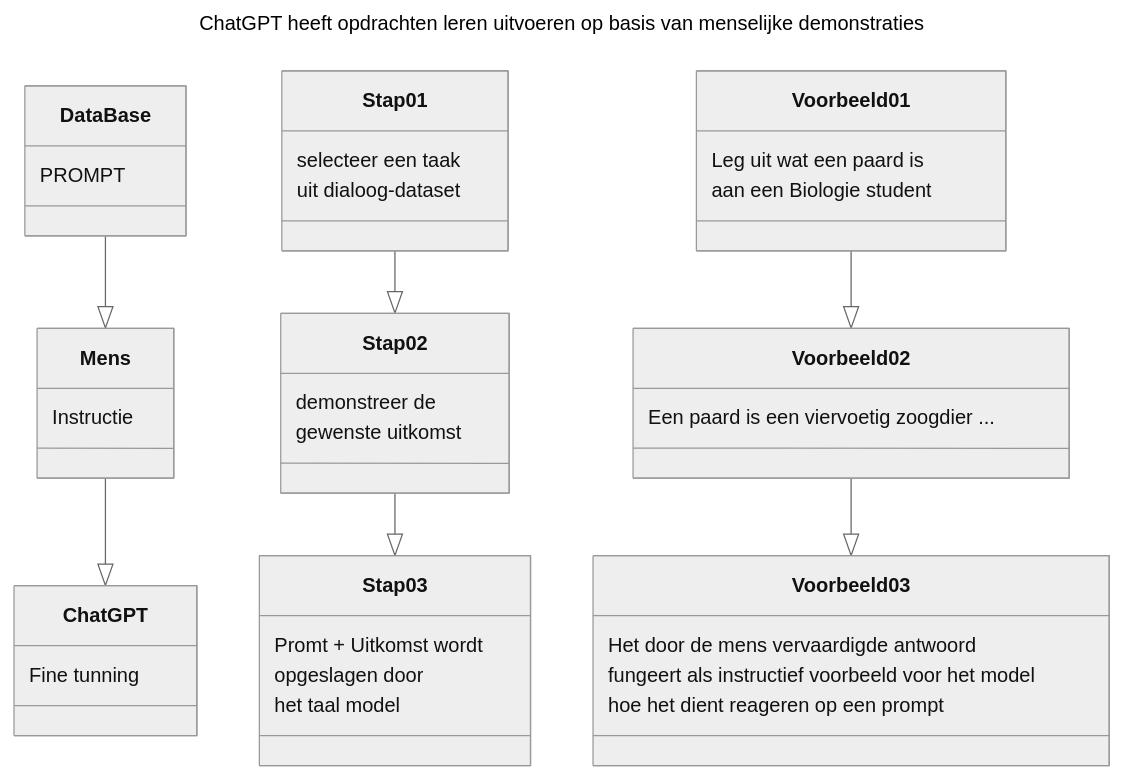
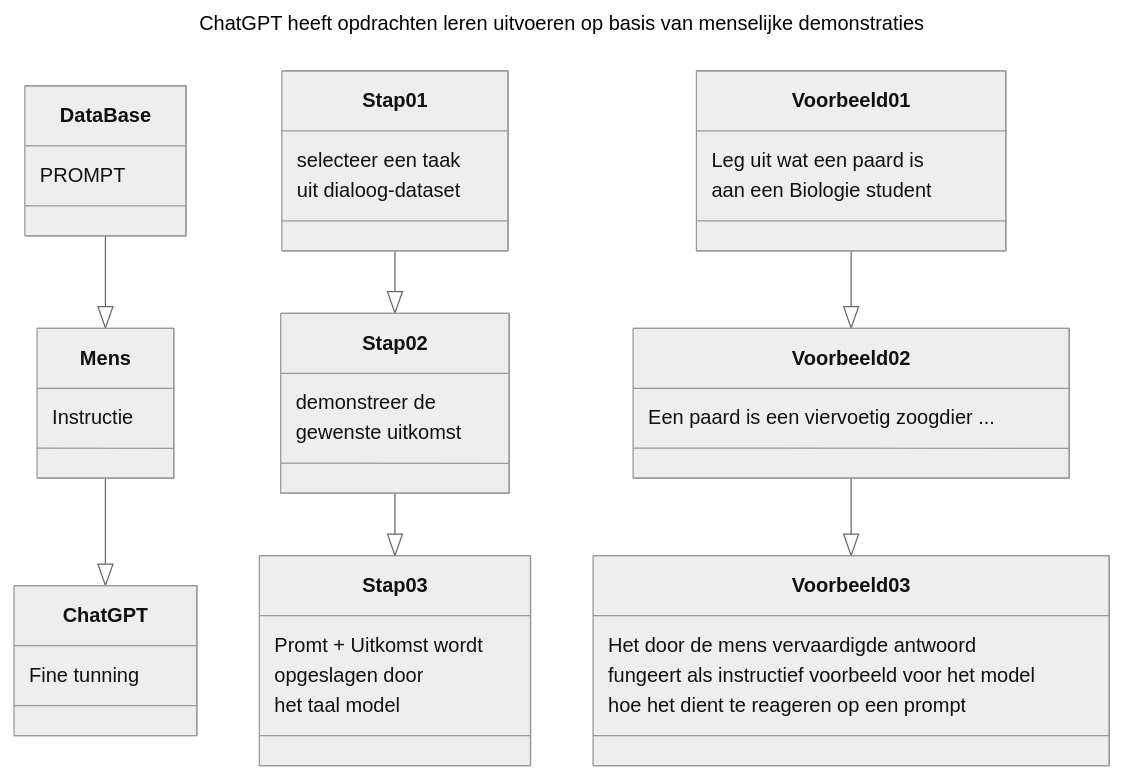
The diagram in README.md (HR-ChatGPT/ChatGPT-UITGELEGD), drawn with Mermaid (neutral theme) before and after one commit.

````diff
--- a/README.md
+++ b/README.md
@@ -737,29 +737,29 @@
 ```mermaid
 ---
 title: [ChatGPT heeft opdrachten leren uitvoeren op basis van menselijke demonstraties]
 ---
 classDiagram
 DataBase --|> Mens
 DataBase : PROMPT
 Mens --|> ChatGPT
 Mens : Instructie
 ChatGPT : Fine tunning
 Stap01 --|> Stap02
 Stap01 : selecteer een taak
 Stap01 : uit dialoog-dataset
 Stap02 : demonstreer de 
 Stap02 : gewenste uitkomst
 Stap02 --|> Stap03
 Stap03 : Promt + Uitkomst wordt
 Stap03 : opgeslagen door
 Stap03 : het taal model
 Voorbeeld01 --|> Voorbeeld02
 Voorbeeld02 --|> Voorbeeld03
 Voorbeeld01 : Leg uit wat een paard is
 Voorbeeld01 : aan een Biologie student
 Voorbeeld02 : Een paard is een viervoetig zoogdier ...
 Voorbeeld03 : Het door de mens vervaardigde antwoord
 Voorbeeld03 : fungeert als instructief voorbeeld voor het model
-Voorbeeld03 : hoe het dient reageren op een prompt
+Voorbeeld03 : hoe het dient te reageren op een prompt
 
 ```
````
